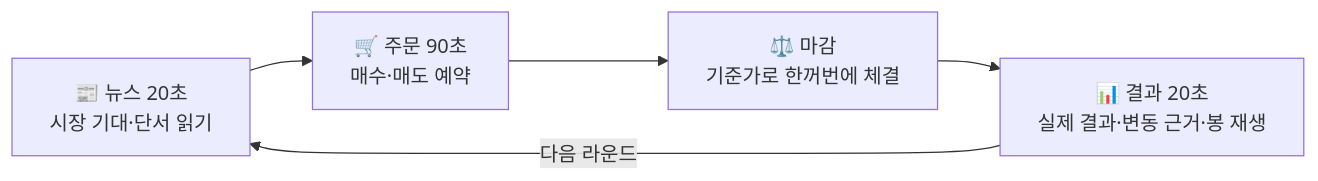
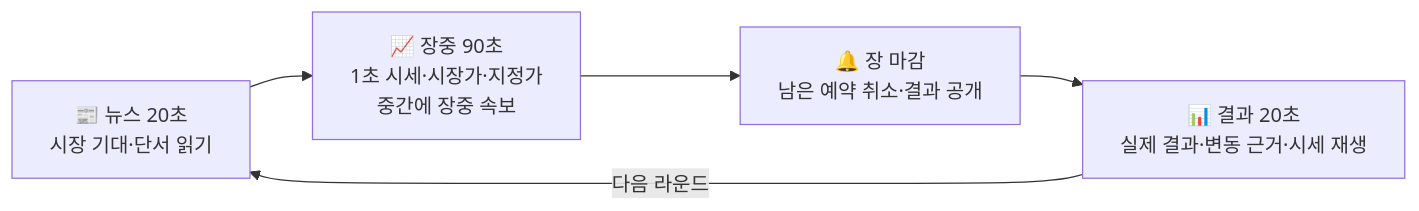
Before and after one commit to tkcjsrn1/tteoksang-game: the diagram in README.md, drawn with Mermaid. The commit also changed other lines of this file and 12 other files, not shown here.

First line of the commit message:
장중 시세·시장가 즉시 체결·지정가 예약으로 전환

````diff
--- a/README.md
+++ b/README.md
@@ -32,7 +32,7 @@
 ```mermaid
 flowchart LR
-  A["📰 뉴스 20초<br>시장 기대·단서 읽기"] --> B["🛒 주문 90초<br>매수·매도 예약"]
-  B --> C["⚖️ 마감<br>기준가로 한꺼번에 체결"]
-  C --> D["📊 결과 20초<br>실제 결과·변동 근거·봉 재생"]
+  A["📰 뉴스 20초<br>시장 기대·단서 읽기"] --> B["📈 장중 90초<br>1초 시세·시장가·지정가<br>중간에 장중 속보"]
+  B --> C["🔔 장 마감<br>남은 예약 취소·결과 공개"]
+  C --> D["📊 결과 20초<br>실제 결과·변동 근거·시세 재생"]
   D -->|다음 라운드| A
 ```
````
